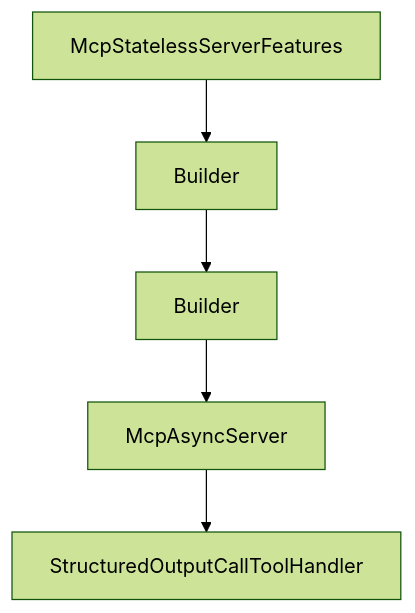
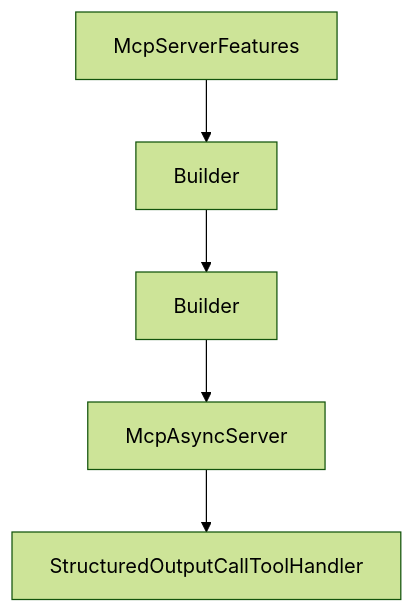
One commit to johnxie/awesome-code-docs changed the diagram in tutorials/mcp-java-sdk-tutorial/01-getting-started-and-module-selection.md. Above: the diagram before and after it, drawn with Mermaid (forest theme). The commit also changed other lines of this file and 1232 other files, not shown here.

````diff
--- a/tutorials/mcp-java-sdk-tutorial/01-getting-started-and-module-selection.md
+++ b/tutorials/mcp-java-sdk-tutorial/01-getting-started-and-module-selection.md
@@ -221,12 +219,12 @@
 ```mermaid
 flowchart TD
-    A[McpStatelessServerFeatures]
+    A[McpServerFeatures]
     B[Builder]
     C[Builder]
     D[McpAsyncServer]
     E[StructuredOutputCallToolHandler]
     A --> B
     B --> C
     C --> D
     D --> E
 ```
````
